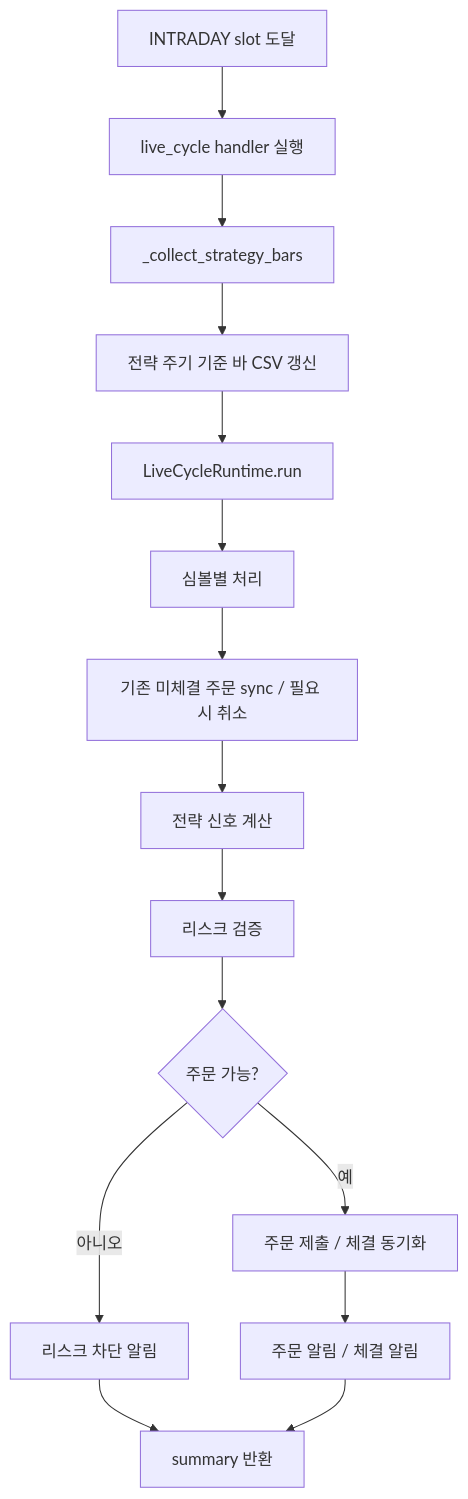
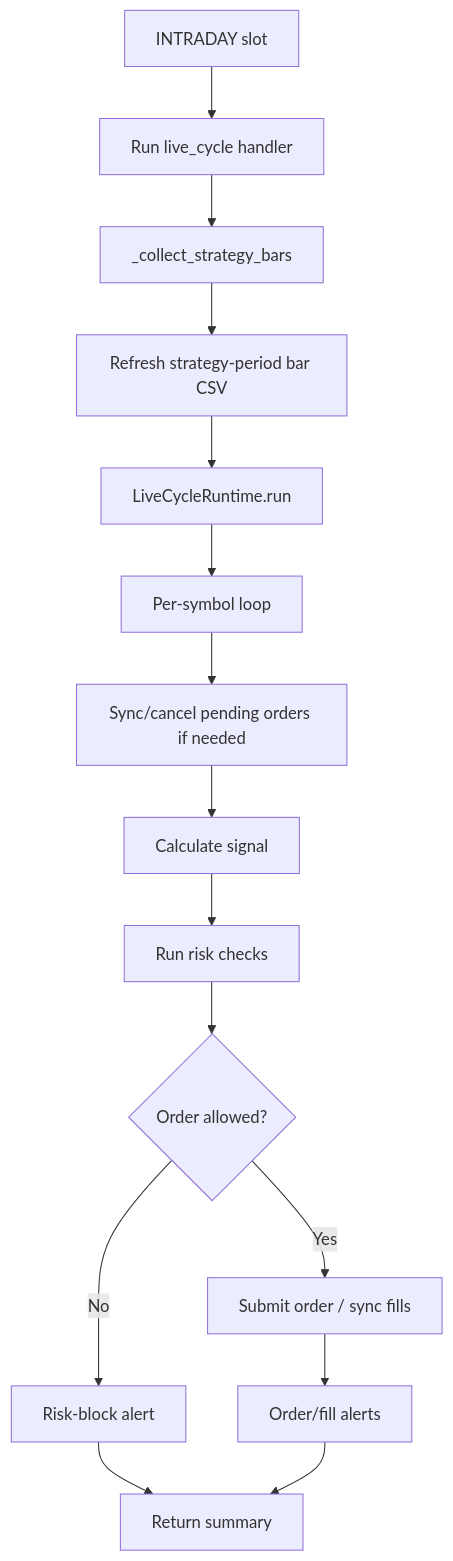
Before and after one commit to MQ813/AutoTrade: the fifth of 7 diagrams in docs/cli_run_continuous_flow.md, drawn with Mermaid. The commit also changed other lines of this file and 17 other files, not shown here.

````diff
--- a/docs/cli_run_continuous_flow.md
+++ b/docs/cli_run_continuous_flow.md
@@ -86,17 +82,17 @@
 ```mermaid
 flowchart TD
-    A[INTRADAY slot 도달] --> B[live_cycle handler 실행]
+    A[INTRADAY slot] --> B[Run live_cycle handler]
     B --> C[_collect_strategy_bars]
-    C --> D[전략 주기 기준 바 CSV 갱신]
+    C --> D[Refresh strategy-period bar CSV]
     D --> E[LiveCycleRuntime.run]
-    E --> F[심볼별 처리]
-    F --> G[기존 미체결 주문 sync / 필요 시 취소]
-    G --> H[전략 신호 계산]
-    H --> I[리스크 검증]
-    I --> J{주문 가능?}
-    J -->|아니오| K[리스크 차단 알림]
-    J -->|예| L[주문 제출 / 체결 동기화]
-    L --> M[주문 알림 / 체결 알림]
-    K --> N[summary 반환]
+    E --> F[Per-symbol loop]
+    F --> G[Sync/cancel pending orders if needed]
+    G --> H[Calculate signal]
+    H --> I[Run risk checks]
+    I --> J{Order allowed?}
+    J -->|No| K[Risk-block alert]
+    J -->|Yes| L[Submit order / sync fills]
+    L --> M[Order/fill alerts]
+    K --> N[Return summary]
     M --> N
 ```
````
